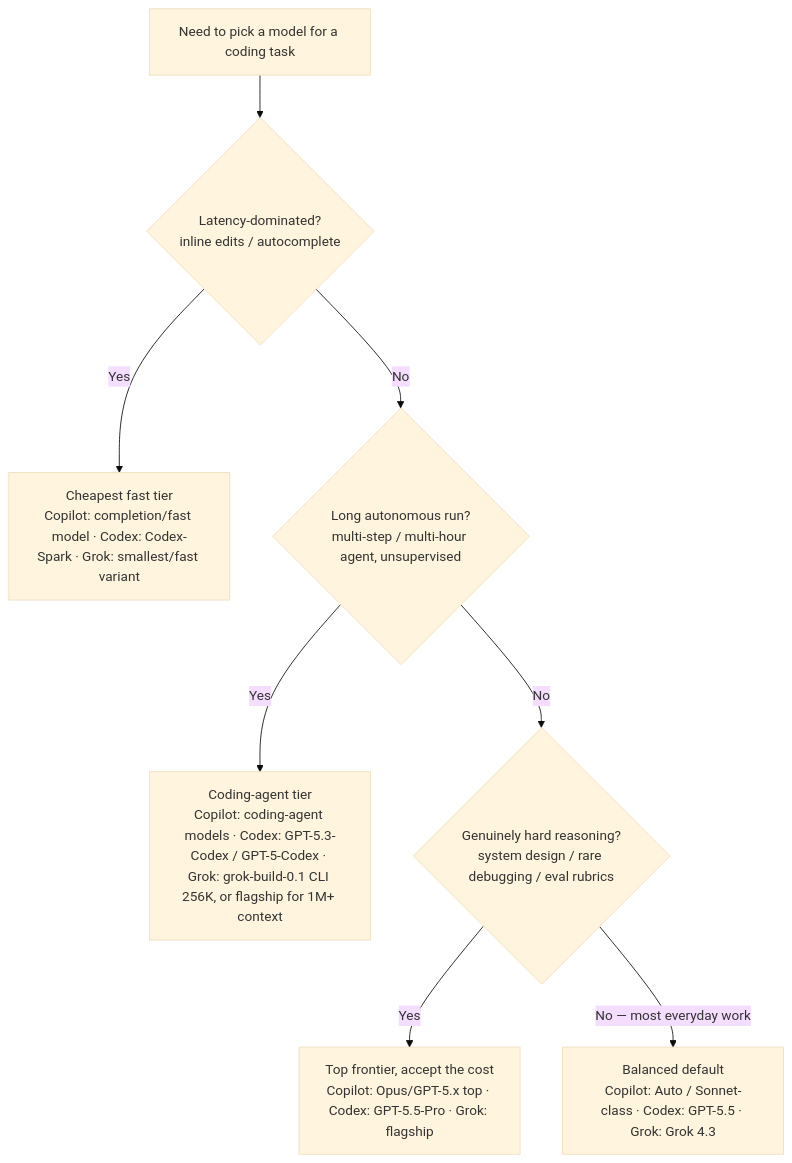
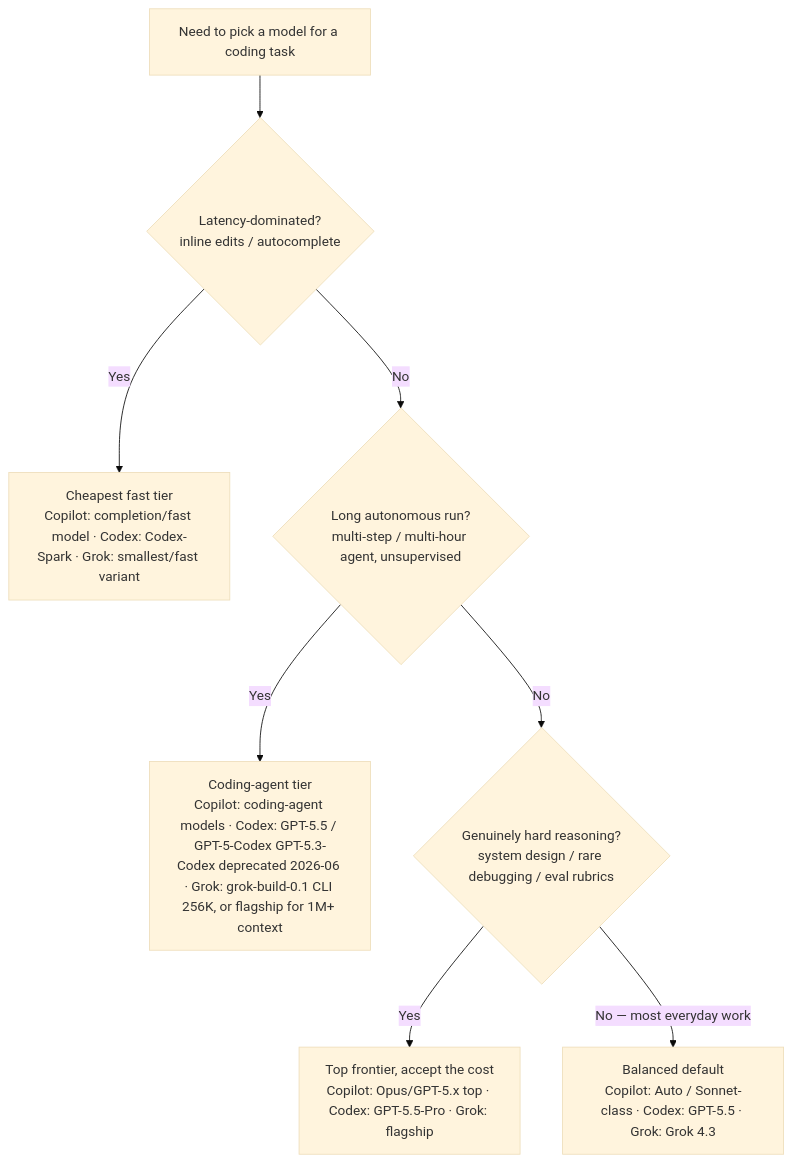
Before and after one commit to mcorbett51090/RavenClaude: the first of 2 diagrams in plugins/ai-coding-model-guidance/knowledge/cross-tool-model-lineup-2026.md, drawn with Mermaid (base theme). The commit also changed other lines of this file and 12 other files, not shown here.

First line of the commit message:
Research sweep 2026-06-21: Codex GPT-5.3-Codex/5.2 deprecation, MAI-Code-1-Flash, advisor-pairing fix (#459)

````diff
--- a/plugins/ai-coding-model-guidance/knowledge/cross-tool-model-lineup-2026.md
+++ b/plugins/ai-coding-model-guidance/knowledge/cross-tool-model-lineup-2026.md
@@ -25,10 +25,10 @@
 ```mermaid
 flowchart TD
     A[Need to pick a model for a coding task] --> Q1{Latency-dominated?<br/>inline edits / autocomplete}
     Q1 -->|Yes| FAST[Cheapest fast tier<br/>Copilot: completion/fast model · Codex: Codex-Spark · Grok: smallest/fast variant]
     Q1 -->|No| Q2{Long autonomous run?<br/>multi-step / multi-hour agent, unsupervised}
-    Q2 -->|Yes| AGENT[Coding-agent tier<br/>Copilot: coding-agent models · Codex: GPT-5.3-Codex / GPT-5-Codex · Grok: grok-build-0.1 CLI 256K, or flagship for 1M+ context]
+    Q2 -->|Yes| AGENT[Coding-agent tier<br/>Copilot: coding-agent models · Codex: GPT-5.5 / GPT-5-Codex GPT-5.3-Codex deprecated 2026-06 · Grok: grok-build-0.1 CLI 256K, or flagship for 1M+ context]
     Q2 -->|No| Q3{Genuinely hard reasoning?<br/>system design / rare debugging / eval rubrics}
     Q3 -->|Yes| TOP[Top frontier, accept the cost<br/>Copilot: Opus/GPT-5.x top · Codex: GPT-5.5-Pro · Grok: flagship]
     Q3 -->|No — most everyday work| MID[Balanced default<br/>Copilot: Auto / Sonnet-class · Codex: GPT-5.5 · Grok: Grok 4.3]
 ```
````
